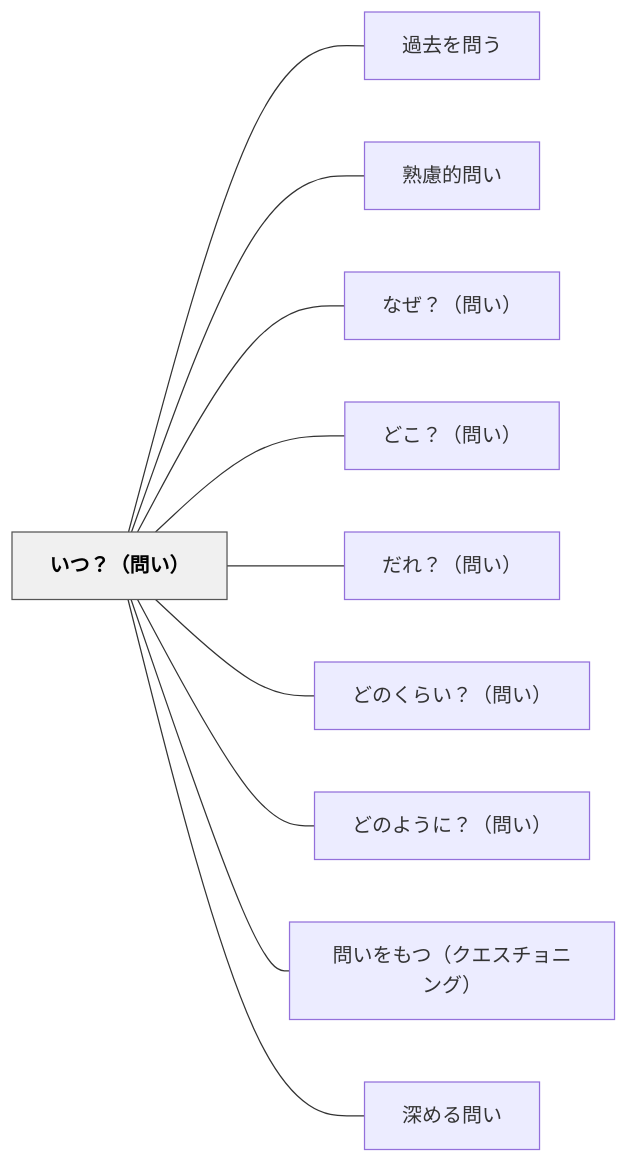
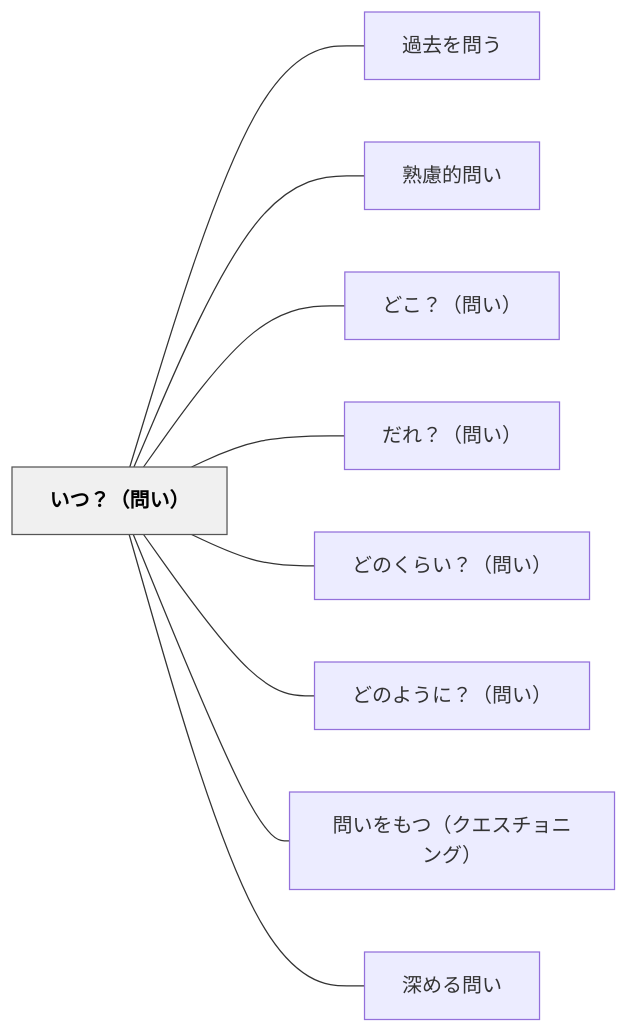
The diagram in content/パタン/いつ？（問い）.md (unknownthings-ed-patterns/unknownthings-ed-patterns), drawn with Mermaid before and after one commit. The commit also changed other lines of this file and 37 other files, not shown here.

````diff
--- a/content/パタン/いつ？（問い）.md
+++ b/content/パタン/いつ？（問い）.md
@@ -47,26 +48,24 @@
 ```mermaid
 flowchart LR
     ne38184e381a4efbc9fefbc88e5958fe38184efbc89["いつ？（問い）"]
     ne9818ee58ebbe38292e5958fe38186["過去を問う"]
     ne7869fe685aee79a84e5958fe38184["熟慮的問い"]
-    ne381aae3819cefbc9fefbc88e5958fe38184efbc89["なぜ？（問い）"]
     ne381a9e38193efbc9fefbc88e5958fe38184efbc89["どこ？（問い）"]
     ne381a0e3828cefbc9fefbc88e5958fe38184efbc89["だれ？（問い）"]
     ne381a9e381aee3818fe38289e38184efbc9fefbc88e5958fe38184efbc89["どのくらい？（問い）"]
     ne381a9e381aee38288e38186e381abefbc9fefbc88e5958fe38184efbc89["どのように？（問い）"]
     ne5958fe38184e38292e38282e381a4efbc88e382afe382a8e382b9e38381e383a7e3838be383b3e382b0efbc89["問いをもつ（クエスチョニング）"]
     ne6b7b1e38281e3828be5958fe38184["深める問い"]
 
     ne38184e381a4efbc9fefbc88e5958fe38184efbc89 --- ne9818ee58ebbe38292e5958fe38186
     ne38184e381a4efbc9fefbc88e5958fe38184efbc89 --- ne7869fe685aee79a84e5958fe38184
-    ne38184e381a4efbc9fefbc88e5958fe38184efbc89 --- ne381aae3819cefbc9fefbc88e5958fe38184efbc89
     ne38184e381a4efbc9fefbc88e5958fe38184efbc89 --- ne381a9e38193efbc9fefbc88e5958fe38184efbc89
     ne38184e381a4efbc9fefbc88e5958fe38184efbc89 --- ne381a0e3828cefbc9fefbc88e5958fe38184efbc89
     ne38184e381a4efbc9fefbc88e5958fe38184efbc89 --- ne381a9e381aee3818fe38289e38184efbc9fefbc88e5958fe38184efbc89
     ne38184e381a4efbc9fefbc88e5958fe38184efbc89 --- ne381a9e381aee38288e38186e381abefbc9fefbc88e5958fe38184efbc89
     ne38184e381a4efbc9fefbc88e5958fe38184efbc89 --- ne5958fe38184e38292e38282e381a4efbc88e382afe382a8e382b9e38381e383a7e3838be383b3e382b0efbc89
     ne38184e381a4efbc9fefbc88e5958fe38184efbc89 --- ne6b7b1e38281e3828be5958fe38184
 
     classDef hub fill:#f0f0f0,stroke:#555,color:#000,font-weight:bold
     class ne38184e381a4efbc9fefbc88e5958fe38184efbc89 hub
 ```
````
